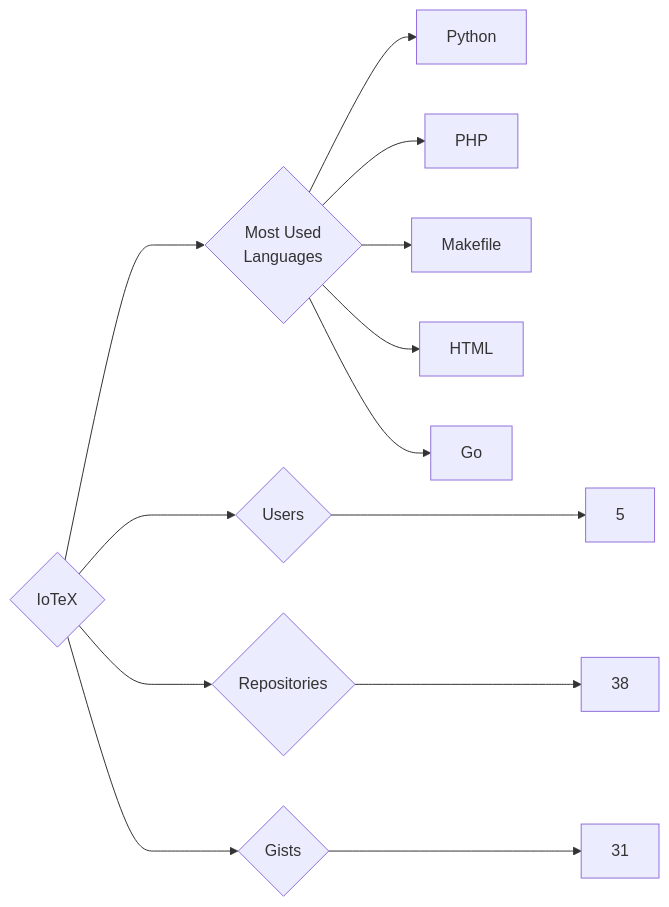
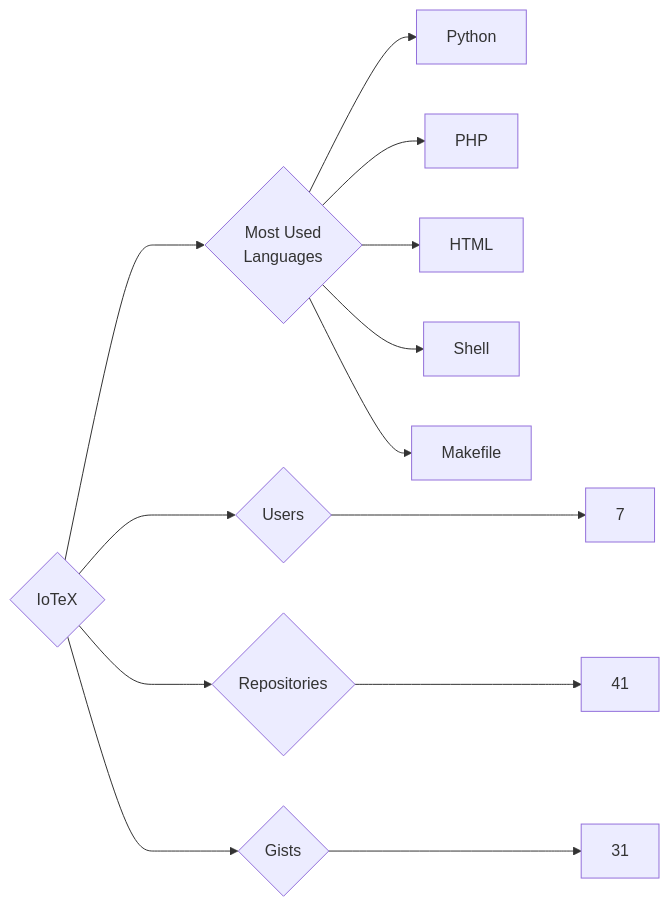
Before and after one commit to trickest/insiders: the diagram in targets/IoTeX/README.md, drawn with Mermaid. The commit also changed 857 other files, not shown here.

````diff
--- a/targets/IoTeX/README.md
+++ b/targets/IoTeX/README.md
@@ -3,13 +3,13 @@
 ```mermaid
 graph LR
 COMPANY_NAME{IoTeX}
-COMPANY_NAME ---> U{Users} ---> UN[5]
-COMPANY_NAME ---> R{Repositories} ---> RN[38]
+COMPANY_NAME ---> U{Users} ---> UN[7]
+COMPANY_NAME ---> R{Repositories} ---> RN[41]
 COMPANY_NAME ---> G{Gists} ---> GN[31]
 COMPANY_NAME ---> ML{Most Used<br>Languages}
 ML --> Python[Python]
 ML --> PHP[PHP]
+ML --> HTML[HTML]
+ML --> Shell[Shell]
 ML --> Makefile[Makefile]
-ML --> HTML[HTML]
-ML --> Go[Go]
 ```
````
